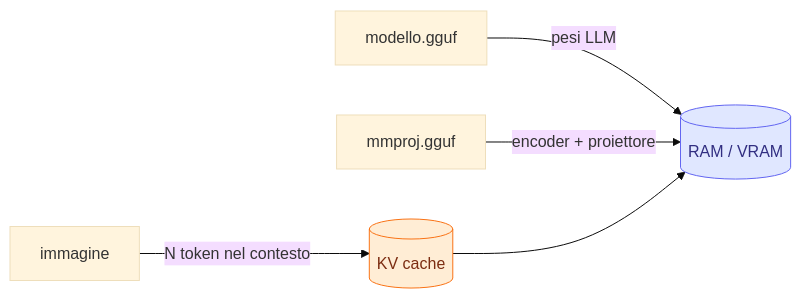
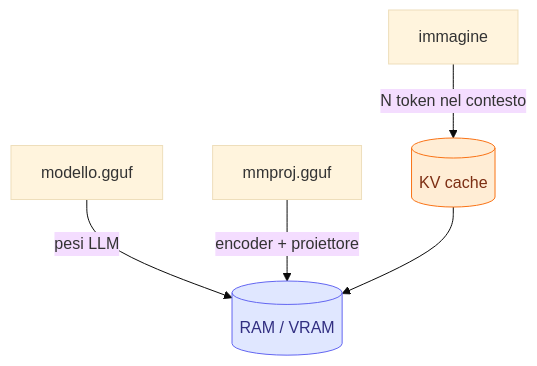
The diagram in corso/moduli/07-multimodale/README.md (JoeBosi/llama-cpp-course), drawn with Mermaid (base theme) before and after one commit. The commit also changed 29 other files, not shown here.

First line of the commit message:
Diagrammi Mermaid: clic per aprirli a schermo intero, ridotti gli elementi in orizzontale

````diff
--- a/corso/moduli/07-multimodale/README.md
+++ b/corso/moduli/07-multimodale/README.md
@@ -269,9 +269,9 @@
 ```mermaid
-flowchart LR
+flowchart TB
     A[modello.gguf] -->|pesi LLM| M[(RAM / VRAM)]
     B[mmproj.gguf] -->|encoder + proiettore| M
     C[immagine] -->|N token nel contesto| K[(KV cache)]
     K --> M
     style M fill:#e0e7ff,stroke:#6366f1,color:#312e81
     style K fill:#ffedd5,stroke:#f97316,color:#7c2d12
 ```
````
